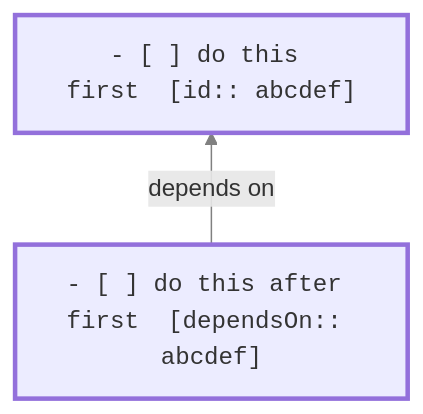
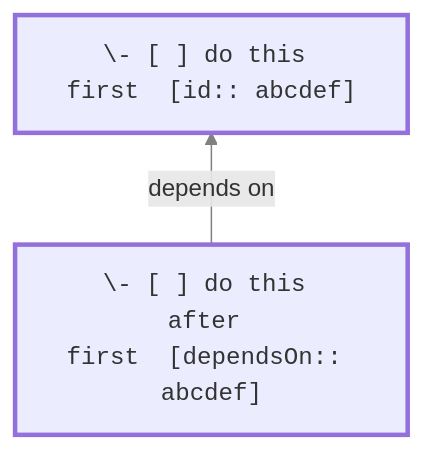
Before and after one commit to obsidian-tasks-group/obsidian-tasks: the second of 2 diagrams in docs/Getting Started/Task Dependencies.md, drawn with Mermaid. The commit also changed other lines of this file, not shown here.

First line of the commit message:
docs: Fix "Unsupported markdown: list" mermaid diagram errors

````diff
--- a/docs/Getting Started/Task Dependencies.md
+++ b/docs/Getting Started/Task Dependencies.md
@@ -49,11 +49,11 @@
 ```mermaid
 flowchart BT
 
 classDef TASK        stroke-width:3px,font-family:monospace;
 
-2["- [ ] do this first&nbsp;&nbsp;[id:: abcdef]"]:::TASK
-1["- [ ] do this after first&nbsp;&nbsp;[dependsOn:: abcdef]"]:::TASK
+2["\- [ ] do this first&nbsp;&nbsp;[id:: abcdef]"]:::TASK
+1["\- [ ] do this after first&nbsp;&nbsp;[dependsOn:: abcdef]"]:::TASK
 1-- depends on --> 2
 
 linkStyle default stroke:gray
 ```
````
